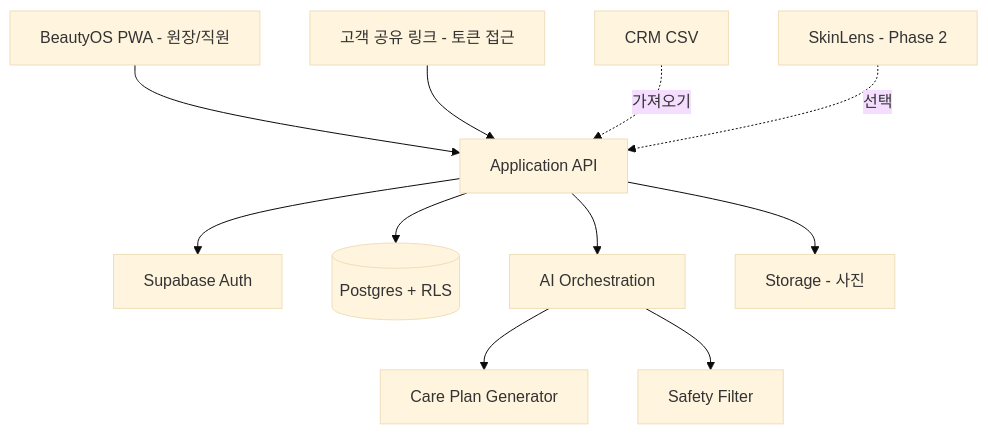
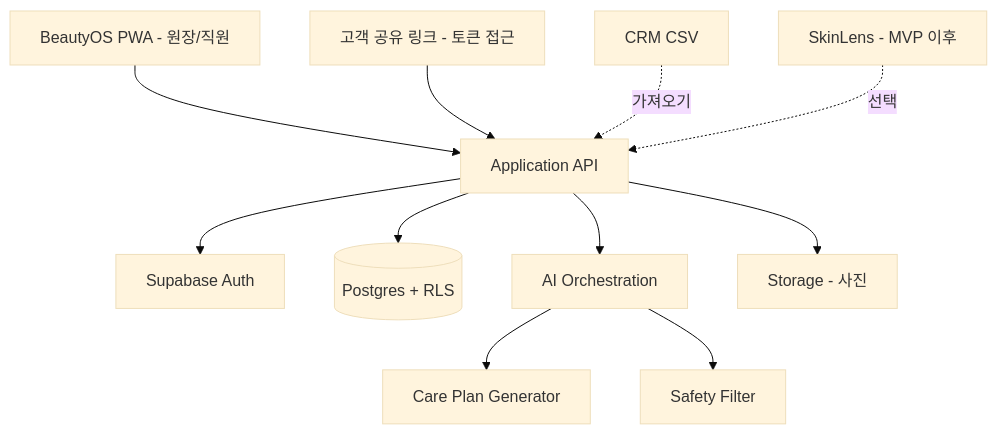
One commit to skygoldlee-cyber/passok changed the diagram in docs/exams/skincare/business/BeautyOS_MVP.md. Above: the diagram before and after it, drawn with Mermaid (base theme). The commit also changed other lines of this file and 3 other files, not shown here.

````diff
--- a/docs/exams/skincare/business/BeautyOS_MVP.md
+++ b/docs/exams/skincare/business/BeautyOS_MVP.md
@@ -293,13 +354,13 @@
 ```mermaid
 flowchart TD
     A[BeautyOS PWA - 원장/직원] --> B[Application API]
     L[고객 공유 링크 - 토큰 접근] --> B
     B --> C[Supabase Auth]
     B --> D[(Postgres + RLS)]
     B --> E[AI Orchestration]
     E --> F[Care Plan Generator]
     E --> S[Safety Filter]
     B --> ST[Storage - 사진]
     K[CRM CSV] -. 가져오기 .-> B
-    J[SkinLens - Phase 2] -. 선택 .-> B
+    J[SkinLens - MVP 이후] -. 선택 .-> B
 ```
````
